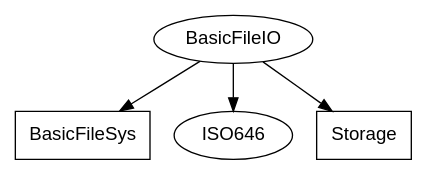
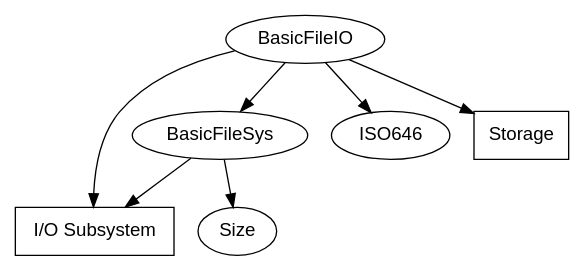
The diagram in BasicFileIO.dep.dot (m2sf/M2PP-Module-Dependency-Graphs), drawn with Graphviz before and after one commit. The commit also changed 8 other files, not shown here.

```diff
--- a/BasicFileIO.dep.dot
+++ b/BasicFileIO.dep.dot
@@ -1,14 +1,20 @@
 digraph BasicFileIODep {
   node [fontname=helvetica];
   
   BasicFileIO -> {
-    BasicFileSys ISO646 Storage
+    BasicFileSys IOSubsystem ISO646 Storage
   };
   
-  BasicFileSys [shape=box];
+  BasicFileSys -> {
+    Size IOSubsystem
+  };
+  
+  Size; /* no dependencies */
+  
+  IOSubsystem [label="I/O Subsystem";shape=box];
   
   ISO646; /* no dependencies */
   
   Storage [shape=box]; /* stdlib */
     
 } /* BasicFileIODep */
```
